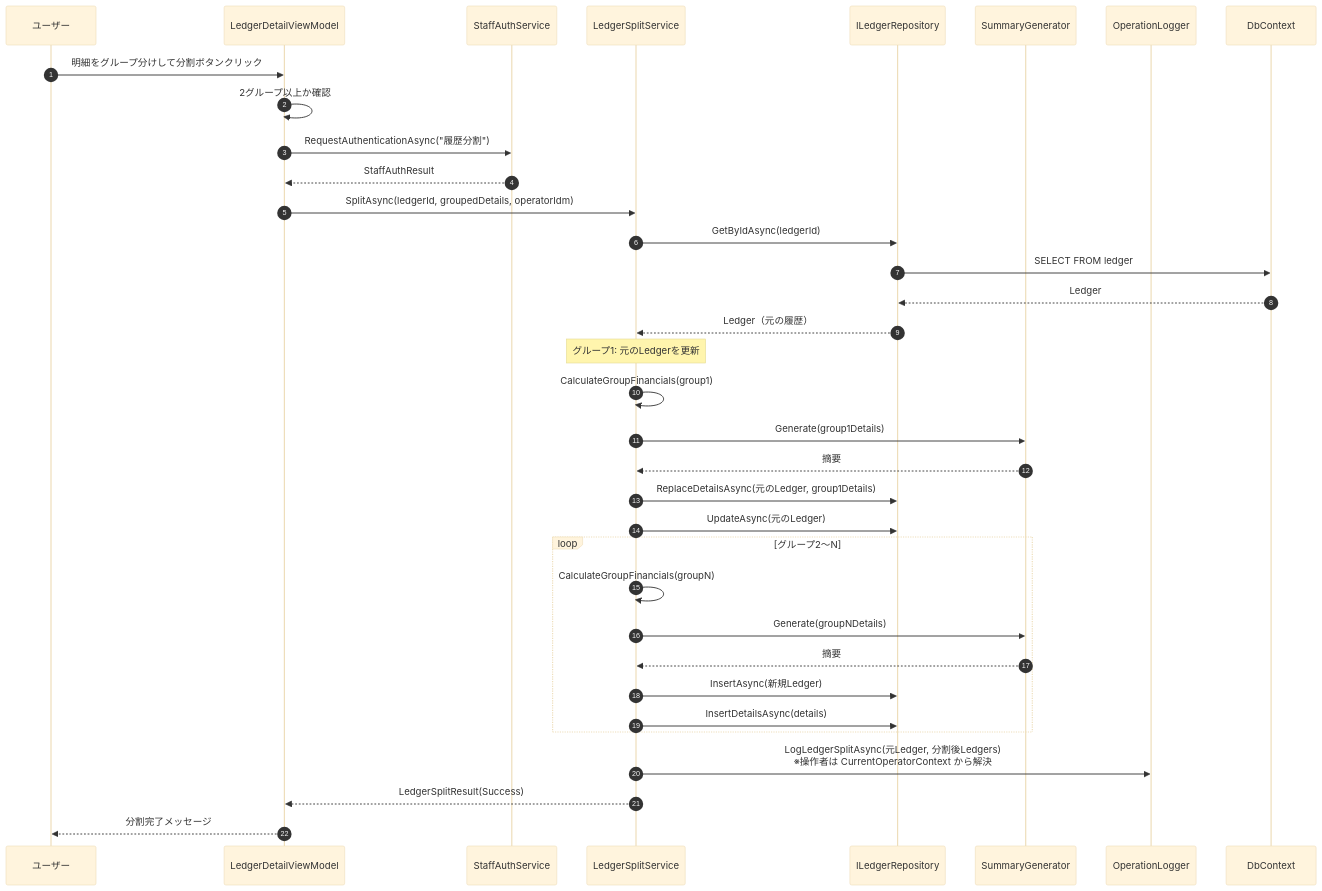
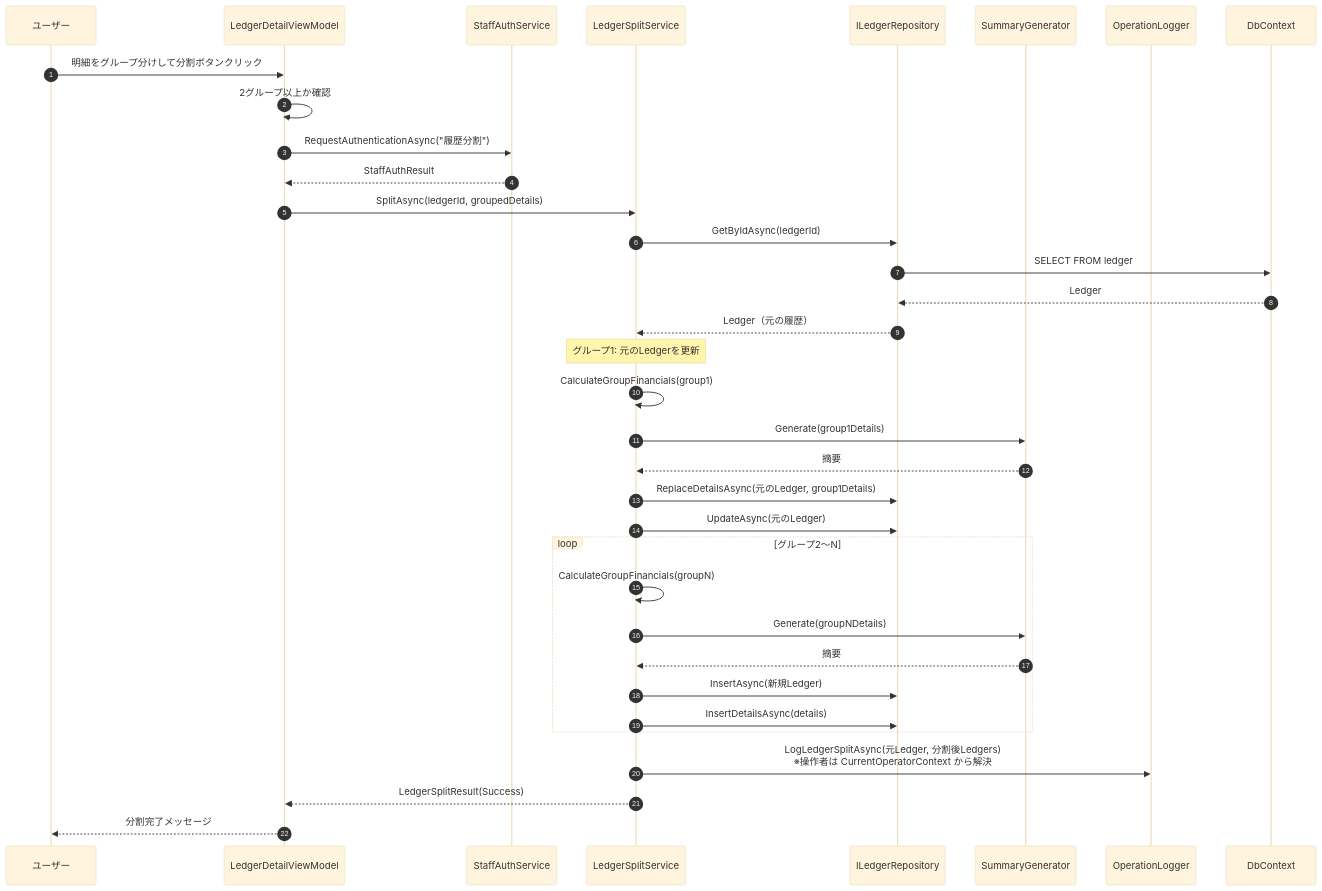
Before and after one commit to kuwayamamasayuki/ICCardManager: the tenth of 15 diagrams in ICCardManager/docs/design/06_シーケンス図.md, drawn with Mermaid (base theme). The commit also changed other lines of this file and 16 other files, not shown here.

````diff
--- a/ICCardManager/docs/design/06_シーケンス図.md
+++ b/ICCardManager/docs/design/06_シーケンス図.md
@@ -599,46 +599,46 @@
 ```mermaid
 sequenceDiagram
     autonumber
     participant User as ユーザー
     participant VM as LedgerDetailViewModel
     participant Auth as StaffAuthService
     participant SS as LedgerSplitService
     participant LR as ILedgerRepository
     participant SG as SummaryGenerator
     participant OL as OperationLogger
     participant DB as DbContext
 
     User->>VM: 明細をグループ分けして分割ボタンクリック
 
     VM->>VM: 2グループ以上か確認
 
     VM->>Auth: RequestAuthenticationAsync("履歴分割")
     Auth-->>VM: StaffAuthResult
 
-    VM->>SS: SplitAsync(ledgerId, groupedDetails, operatorIdm)
+    VM->>SS: SplitAsync(ledgerId, groupedDetails)
 
     SS->>LR: GetByIdAsync(ledgerId)
     LR->>DB: SELECT FROM ledger
     DB-->>LR: Ledger
     LR-->>SS: Ledger（元の履歴）
 
     Note over SS: グループ1: 元のLedgerを更新
     SS->>SS: CalculateGroupFinancials(group1)
     SS->>SG: Generate(group1Details)
     SG-->>SS: 摘要
     SS->>LR: ReplaceDetailsAsync(元のLedger, group1Details)
     SS->>LR: UpdateAsync(元のLedger)
 
     loop グループ2〜N
         SS->>SS: CalculateGroupFinancials(groupN)
         SS->>SG: Generate(groupNDetails)
         SG-->>SS: 摘要
         SS->>LR: InsertAsync(新規Ledger)
         SS->>LR: InsertDetailsAsync(details)
     end
 
     SS->>OL: LogLedgerSplitAsync(元Ledger, 分割後Ledgers)<br/>※操作者は CurrentOperatorContext から解決
 
     SS-->>VM: LedgerSplitResult(Success)
     VM-->>User: 分割完了メッセージ
 ```
````
